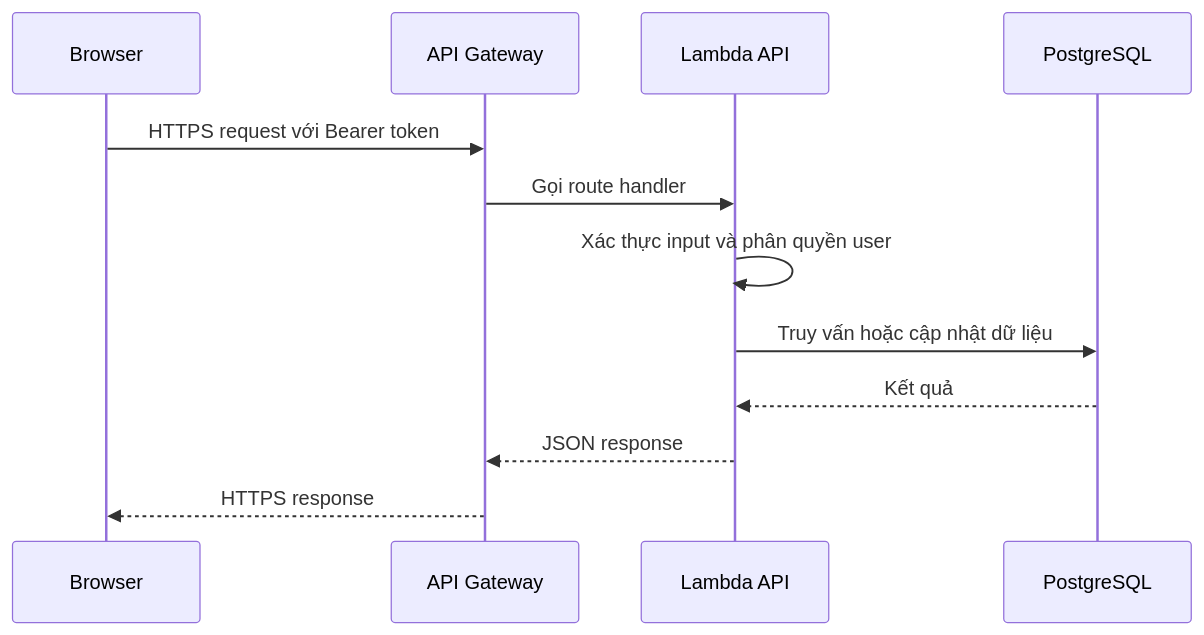
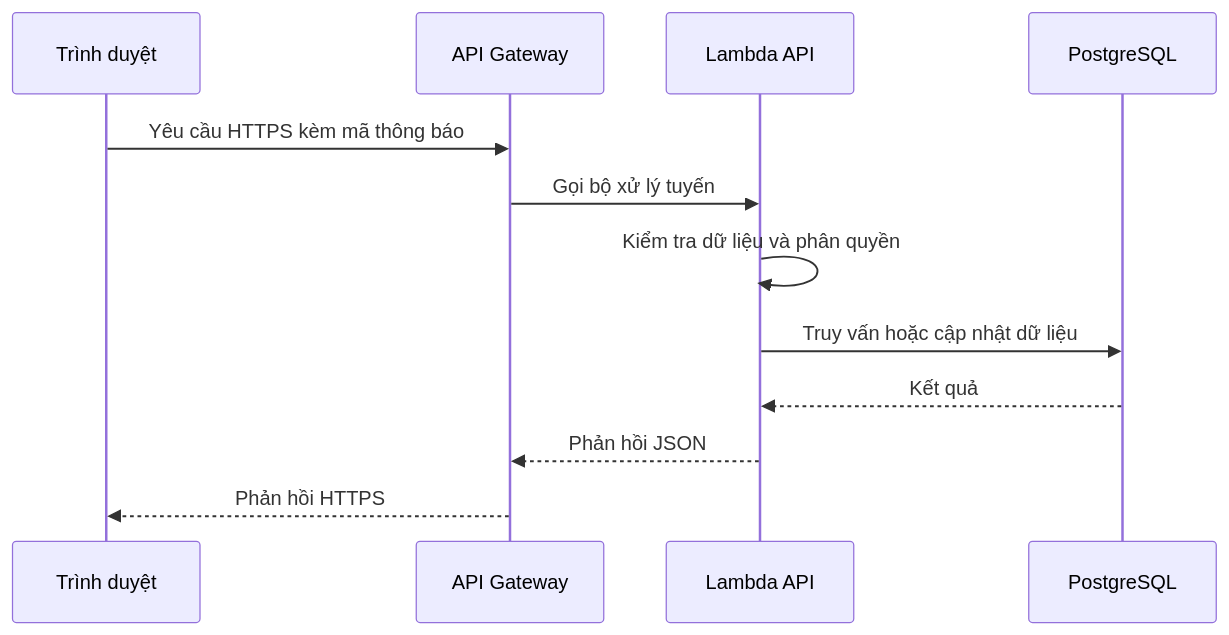
The second of 2 diagrams in content/5-Workshop/5.2-Prerequiste/_index.vi.md (truccaokhuong/WorkBlogAWS), drawn with Mermaid before and after one commit. The commit also changed other lines of this file and 33 other files, not shown here.

````diff
--- a/content/5-Workshop/5.2-Prerequiste/_index.vi.md
+++ b/content/5-Workshop/5.2-Prerequiste/_index.vi.md
@@ -50,14 +50,14 @@
 ```mermaid
 sequenceDiagram
-  participant B as Browser
+  participant B as Trình duyệt
   participant G as API Gateway
   participant L as Lambda API
   participant D as PostgreSQL
-  B->>G: HTTPS request với Bearer token
-  G->>L: Gọi route handler
-  L->>L: Xác thực input và phân quyền user
+  B->>G: Yêu cầu HTTPS kèm mã thông báo
+  G->>L: Gọi bộ xử lý tuyến
+  L->>L: Kiểm tra dữ liệu và phân quyền
   L->>D: Truy vấn hoặc cập nhật dữ liệu
   D-->>L: Kết quả
-  L-->>G: JSON response
-  G-->>B: HTTPS response
+  L-->>G: Phản hồi JSON
+  G-->>B: Phản hồi HTTPS
 ```
````
